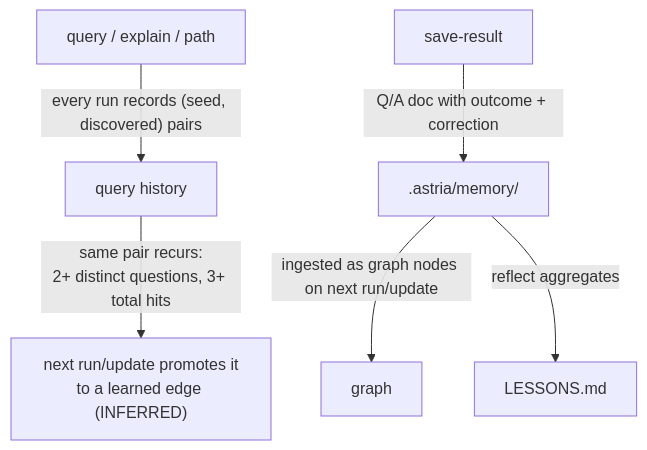
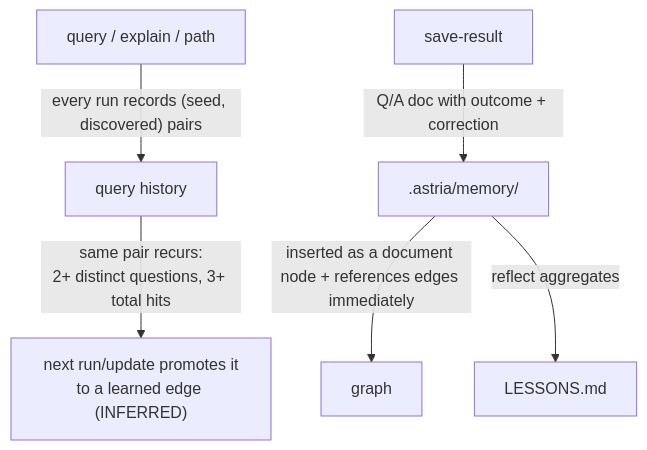
The diagram in website/docs/guides/memory-and-learning.md (Nodesify/astria), drawn with Mermaid before and after one commit. The commit also changed other lines of this file and 91 other files, not shown here.

````diff
--- a/website/docs/guides/memory-and-learning.md
+++ b/website/docs/guides/memory-and-learning.md
@@ -12,8 +12,8 @@
 ```mermaid
 flowchart TD
     A["query / explain / path"] -->|"every run records (seed, discovered) pairs"| B["query history"]
     B -->|"same pair recurs:<br/>2+ distinct questions, 3+ total hits"| C["next run/update promotes it<br/>to a learned edge (INFERRED)"]
     D["save-result"] -->|"Q/A doc with outcome + correction"| E[".astria/memory/"]
-    E -->|"ingested as graph nodes on next run/update"| F["graph"]
+    E -->|"inserted as a document node + references edges immediately"| F["graph"]
     E -->|"reflect aggregates"| G["LESSONS.md"]
 ```
````
